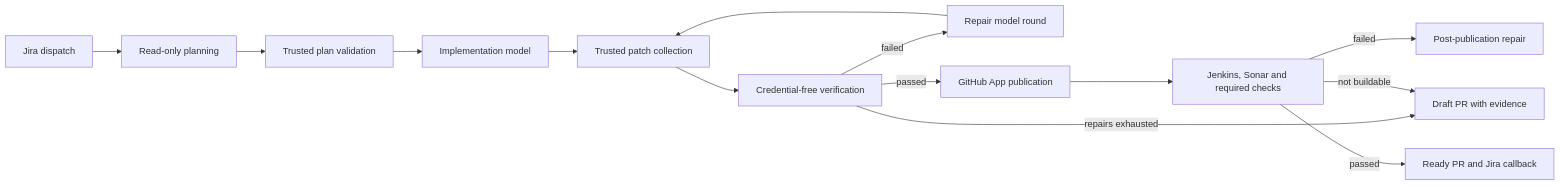
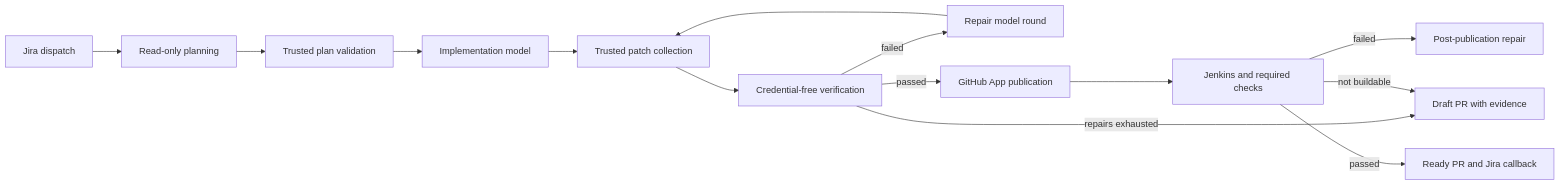
Before and after one commit to hmcts/codex-agent-workflows: the first of 3 diagrams in docs/workflow-architecture.md, drawn with Mermaid. The commit also changed other lines of this file and 22 other files, not shown here.

````diff
--- a/docs/workflow-architecture.md
+++ b/docs/workflow-architecture.md
@@ -8,16 +8,16 @@
 ```mermaid
 flowchart LR
     Jira[Jira dispatch] --> Plan[Read-only planning]
     Plan --> Validate[Trusted plan validation]
     Validate --> Generate[Implementation model]
     Generate --> Collect[Trusted patch collection]
     Collect --> Verify[Credential-free verification]
     Verify -->|failed| Repair[Repair model round]
     Repair --> Collect
     Verify -->|passed| Publish[GitHub App publication]
     Verify -->|repairs exhausted| Draft[Draft PR with evidence]
-    Publish --> Checks[Jenkins, Sonar and required checks]
+    Publish --> Checks[Jenkins and required checks]
     Checks -->|failed| PostRepair[Post-publication repair]
     Checks -->|not buildable| Draft
     Checks -->|passed| Ready[Ready PR and Jira callback]
 ```
````
